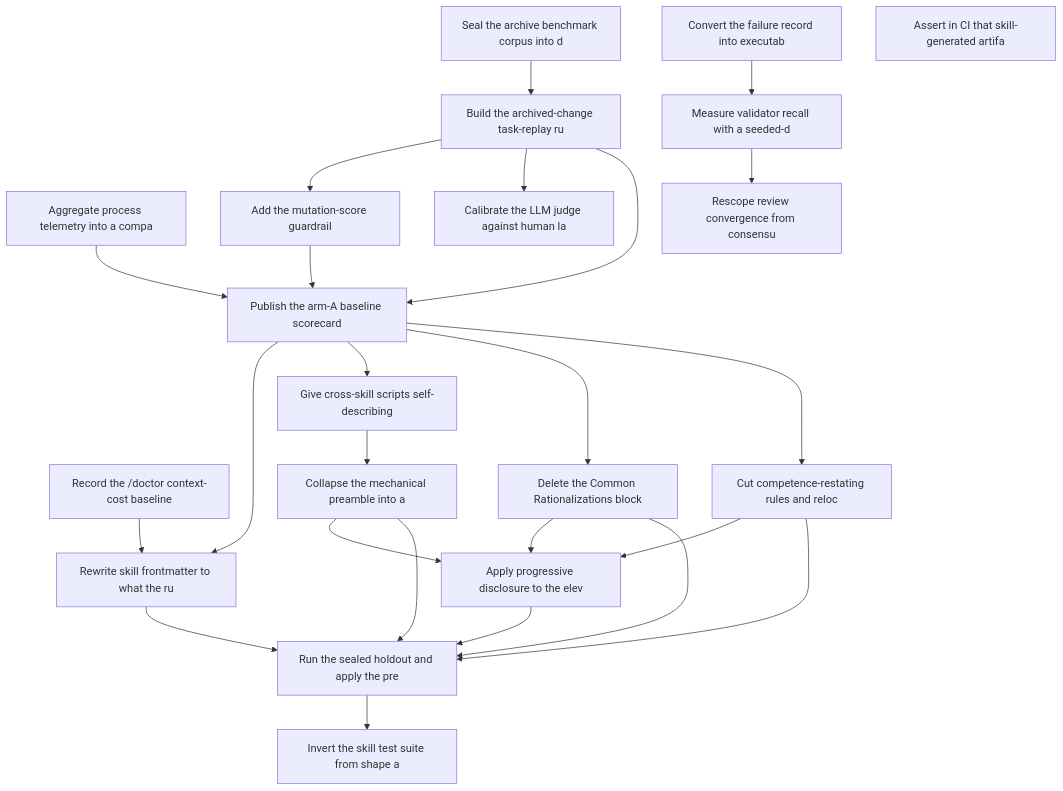
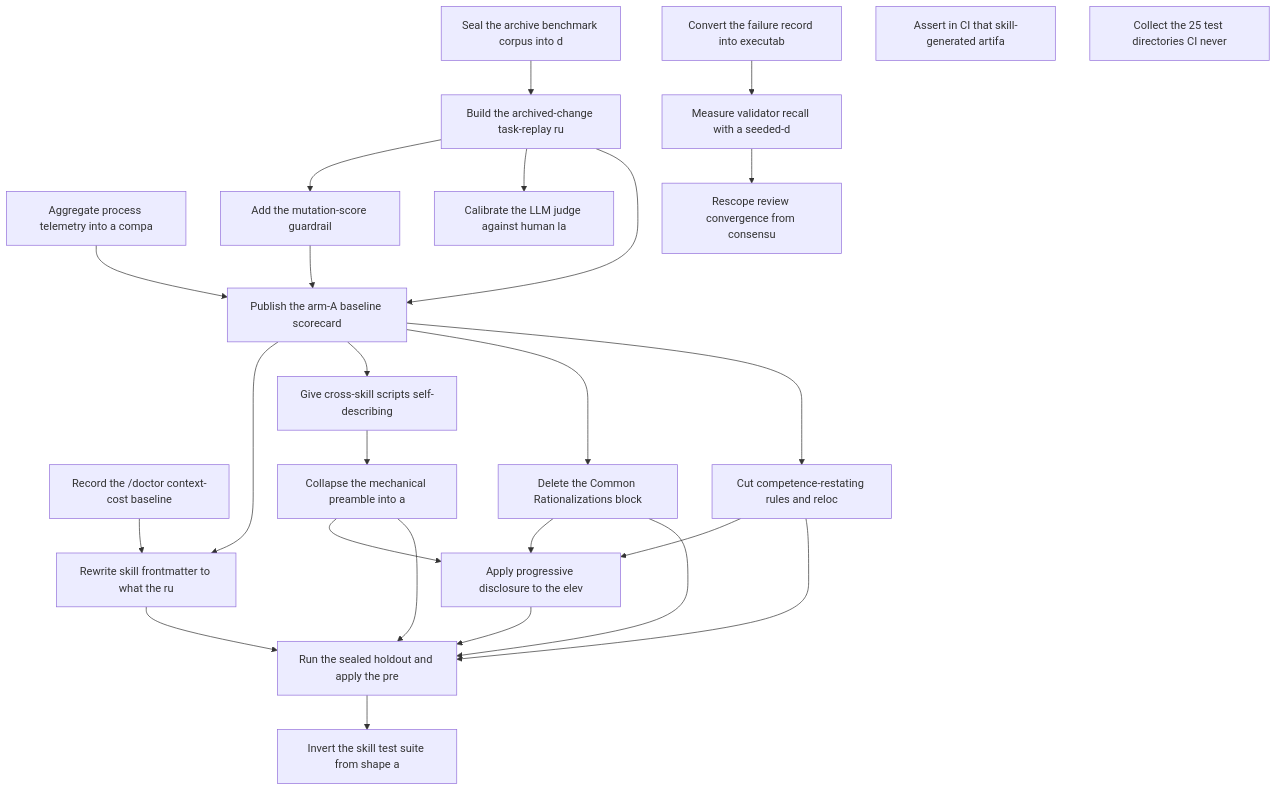
One commit to jankneumann/agentic-coding-tools changed the diagram in openspec/roadmaps/skill-rightsizing/roadmap.md. Above: the diagram before and after it, drawn with Mermaid. The commit also changed other lines of this file and 68 other files, not shown here.

````diff
--- a/openspec/roadmaps/skill-rightsizing/roadmap.md
+++ b/openspec/roadmaps/skill-rightsizing/roadmap.md
@@ -36,45 +37,46 @@
 ```mermaid
 graph TD
     ri-01["Convert the failure record into executab"]
     ri-02["Seal the archive benchmark corpus into d"]
     ri-03["Aggregate process telemetry into a compa"]
     ri-04["Record the /doctor context-cost baseline"]
     ri-05["Build the archived-change task-replay ru"]
     ri-06["Measure validator recall with a seeded-d"]
     ri-07["Add the mutation-score guardrail"]
     ri-08["Calibrate the LLM judge against human la"]
     ri-09["Publish the arm-A baseline scorecard"]
     ri-10["Rewrite skill frontmatter to what the ru"]
     ri-11["Give cross-skill scripts self-describing"]
     ri-12["Collapse the mechanical preamble into a "]
     ri-13["Delete the Common Rationalizations block"]
     ri-14["Cut competence-restating rules and reloc"]
     ri-15["Apply progressive disclosure to the elev"]
     ri-16["Rescope review convergence from consensu"]
     ri-17["Run the sealed holdout and apply the pre"]
     ri-18["Invert the skill test suite from shape a"]
     ri-19["Assert in CI that skill-generated artifa"]
+    ri-20["Collect the 25 test directories CI never"]
     ri-02 --> ri-05
     ri-01 --> ri-06
     ri-05 --> ri-07
     ri-05 --> ri-08
     ri-03 --> ri-09
     ri-05 --> ri-09
     ri-07 --> ri-09
     ri-04 --> ri-10
     ri-09 --> ri-10
     ri-09 --> ri-11
     ri-11 --> ri-12
     ri-09 --> ri-13
     ri-09 --> ri-14
     ri-12 --> ri-15
     ri-13 --> ri-15
     ri-14 --> ri-15
     ri-06 --> ri-16
     ri-10 --> ri-17
     ri-12 --> ri-17
     ri-13 --> ri-17
     ri-14 --> ri-17
     ri-15 --> ri-17
     ri-17 --> ri-18
 ```
````
